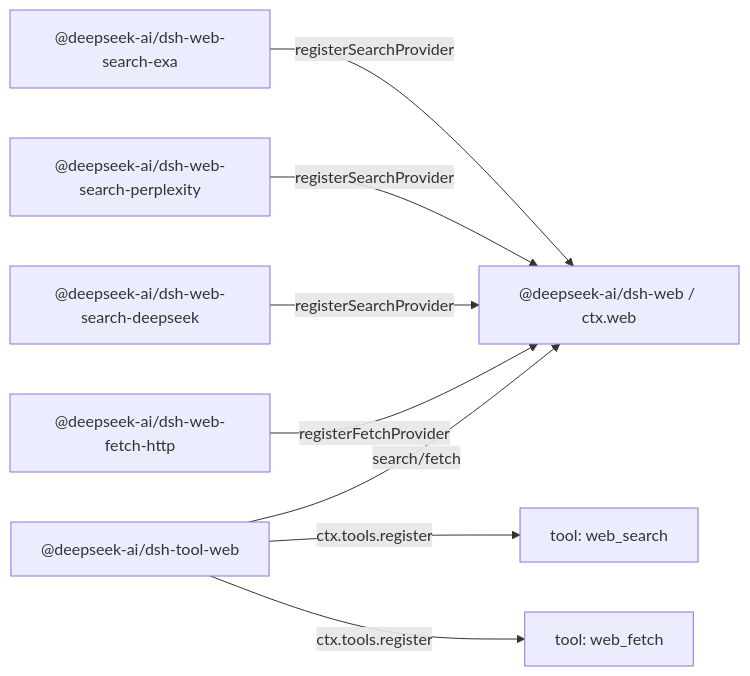
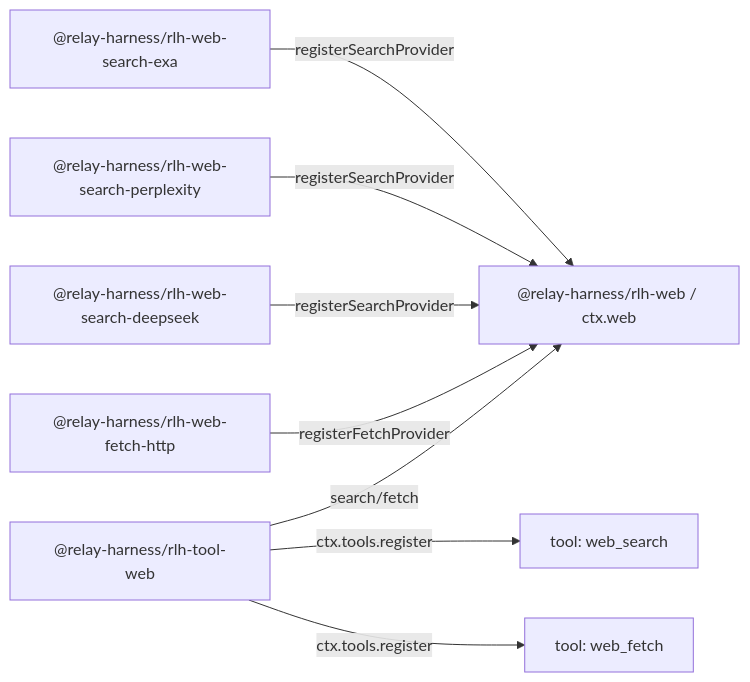
Before and after one commit to jyqj/relay-harness: the diagram in relay-harness/.agents/notes/implemented/architecture/2026-06-24-web-capability-seam.md, drawn with Mermaid. The commit also changed other lines of this file and 5825 other files, not shown here.

Commit message:
P1: rebrand dsh -> rlh via idempotent codemod (scope @relay-harness/rlh-*, RLH_ env, rlh CLI, CSS tokens, file renames)

````diff
--- a/relay-harness/.agents/notes/implemented/architecture/2026-06-24-web-capability-seam.md
+++ b/relay-harness/.agents/notes/implemented/architecture/2026-06-24-web-capability-seam.md
@@ -58,10 +58,10 @@
 ```mermaid
 flowchart LR
-  exa["@deepseek-ai/dsh-web-search-exa"] -->|registerSearchProvider| web["@deepseek-ai/dsh-web / ctx.web"]
-  perplexity["@deepseek-ai/dsh-web-search-perplexity"] -->|registerSearchProvider| web
-  deepseek["@deepseek-ai/dsh-web-search-deepseek"] -->|registerSearchProvider| web
-  fetchLocal["@deepseek-ai/dsh-web-fetch-http"] -->|registerFetchProvider| web
-  toolWeb["@deepseek-ai/dsh-tool-web"] -->|search/fetch| web
+  exa["@relay-harness/rlh-web-search-exa"] -->|registerSearchProvider| web["@relay-harness/rlh-web / ctx.web"]
+  perplexity["@relay-harness/rlh-web-search-perplexity"] -->|registerSearchProvider| web
+  deepseek["@relay-harness/rlh-web-search-deepseek"] -->|registerSearchProvider| web
+  fetchLocal["@relay-harness/rlh-web-fetch-http"] -->|registerFetchProvider| web
+  toolWeb["@relay-harness/rlh-tool-web"] -->|search/fetch| web
   toolWeb -->|ctx.tools.register| webSearch["tool: web_search"]
   toolWeb -->|ctx.tools.register| webFetch["tool: web_fetch"]
 ```
````
